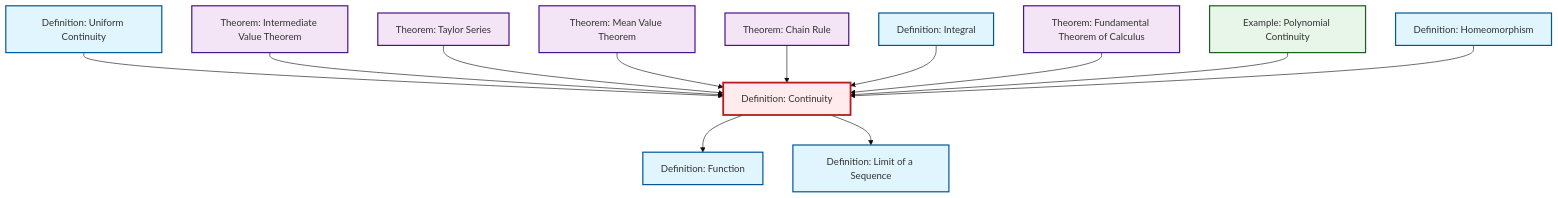
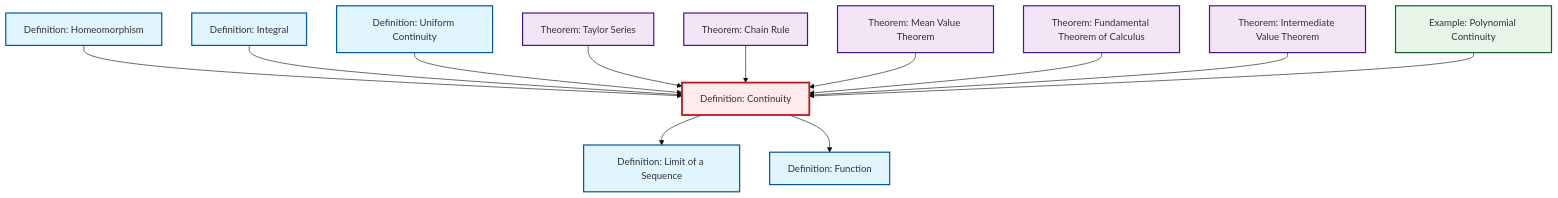
Before and after one commit to RK0429/ModernMath: the diagram in content/en/analysis/def-continuity.qmd, drawn with Mermaid (base theme). The commit also changed other lines of this file and 581 other files, not shown here.

First line of the commit message:
feat: Add epimorphism definition and complete integral domain translations

````diff
--- a/content/en/analysis/def-continuity.qmd
+++ b/content/en/analysis/def-continuity.qmd
@@ -58,44 +58,44 @@
 ```{mermaid}
 %%| fig-cap: "Local dependency graph"
 graph TD
     classDef definition fill:#e1f5fe,stroke:#01579b,stroke-width:2px
     classDef theorem fill:#f3e5f5,stroke:#4a148c,stroke-width:2px
     classDef axiom fill:#fff3e0,stroke:#e65100,stroke-width:2px
     classDef example fill:#e8f5e9,stroke:#1b5e20,stroke-width:2px
     classDef current fill:#ffebee,stroke:#b71c1c,stroke-width:3px
+    thm-taylor-series["Theorem: Taylor Series"]:::theorem
+    def-function["Definition: Function"]:::definition
+    def-integral["Definition: Integral"]:::definition
+    def-uniform-continuity["Definition: Uniform Continuity"]:::definition
+    ex-polynomial-continuity["Example: Polynomial Continuity"]:::example
+    thm-intermediate-value["Theorem: Intermediate Value Theorem"]:::theorem
+    thm-chain-rule["Theorem: Chain Rule"]:::theorem
+    def-homeomorphism["Definition: Homeomorphism"]:::definition
+    def-limit["Definition: Limit of a Sequence"]:::definition
+    thm-mean-value["Theorem: Mean Value Theorem"]:::theorem
+    thm-fundamental-calculus["Theorem: Fundamental Theorem of Calculus"]:::theorem
     def-continuity["Definition: Continuity"]:::definition
-    thm-fundamental-calculus["Theorem: Fundamental Theorem of Calculus"]:::theorem
-    thm-chain-rule["Theorem: Chain Rule"]:::theorem
-    thm-intermediate-value["Theorem: Intermediate Value Theorem"]:::theorem
-    def-homeomorphism["Definition: Homeomorphism"]:::definition
-    def-function["Definition: Function"]:::definition
-    ex-polynomial-continuity["Example: Polynomial Continuity"]:::example
-    thm-taylor-series["Theorem: Taylor Series"]:::theorem
-    def-limit["Definition: Limit of a Sequence"]:::definition
-    def-integral["Definition: Integral"]:::definition
-    thm-mean-value["Theorem: Mean Value Theorem"]:::theorem
-    def-uniform-continuity["Definition: Uniform Continuity"]:::definition
+    def-homeomorphism --> def-continuity
+    def-continuity --> def-limit
+    def-integral --> def-continuity
     def-uniform-continuity --> def-continuity
+    thm-taylor-series --> def-continuity
+    thm-chain-rule --> def-continuity
+    def-continuity --> def-function
+    thm-mean-value --> def-continuity
+    thm-fundamental-calculus --> def-continuity
     thm-intermediate-value --> def-continuity
-    def-continuity --> def-function
-    def-continuity --> def-limit
-    thm-taylor-series --> def-continuity
-    thm-mean-value --> def-continuity
-    thm-chain-rule --> def-continuity
-    def-integral --> def-continuity
-    thm-fundamental-calculus --> def-continuity
     ex-polynomial-continuity --> def-continuity
-    def-homeomorphism --> def-continuity
     class def-continuity current
+    click thm-taylor-series "thm-taylor-series.html" "Go to Taylor Series theorem"
+    click def-function "def-function.html" "Go to Function definition"
+    click def-integral "def-integral.html" "Go to Integral definition"
+    click def-uniform-continuity "def-uniform-continuity.html" "Go to Uniform Continuity definition"
+    click ex-polynomial-continuity "ex-polynomial-continuity.html" "Go to Polynomial Continuity example"
+    click thm-intermediate-value "thm-intermediate-value.html" "Go to Intermediate Value Theorem theorem"
+    click thm-chain-rule "thm-chain-rule.html" "Go to Chain Rule theorem"
+    click def-homeomorphism "def-homeomorphism.html" "Go to Homeomorphism definition"
+    click def-limit "def-limit.html" "Go to Limit of a Sequence definition"
+    click thm-mean-value "thm-mean-value.html" "Go to Mean Value Theorem theorem"
     click thm-fundamental-calculus "thm-fundamental-calculus.html" "Go to Fundamental Theorem of Calculus theorem"
-    click thm-chain-rule "thm-chain-rule.html" "Go to Chain Rule theorem"
-    click thm-intermediate-value "thm-intermediate-value.html" "Go to Intermediate Value Theorem theorem"
-    click def-homeomorphism "def-homeomorphism.html" "Go to Homeomorphism definition"
-    click def-function "def-function.html" "Go to Function definition"
-    click ex-polynomial-continuity "ex-polynomial-continuity.html" "Go to Polynomial Continuity example"
-    click thm-taylor-series "thm-taylor-series.html" "Go to Taylor Series theorem"
-    click def-limit "def-limit.html" "Go to Limit of a Sequence definition"
-    click def-integral "def-integral.html" "Go to Integral definition"
-    click thm-mean-value "thm-mean-value.html" "Go to Mean Value Theorem theorem"
-    click def-uniform-continuity "def-uniform-continuity.html" "Go to Uniform Continuity definition"
 ```
````
